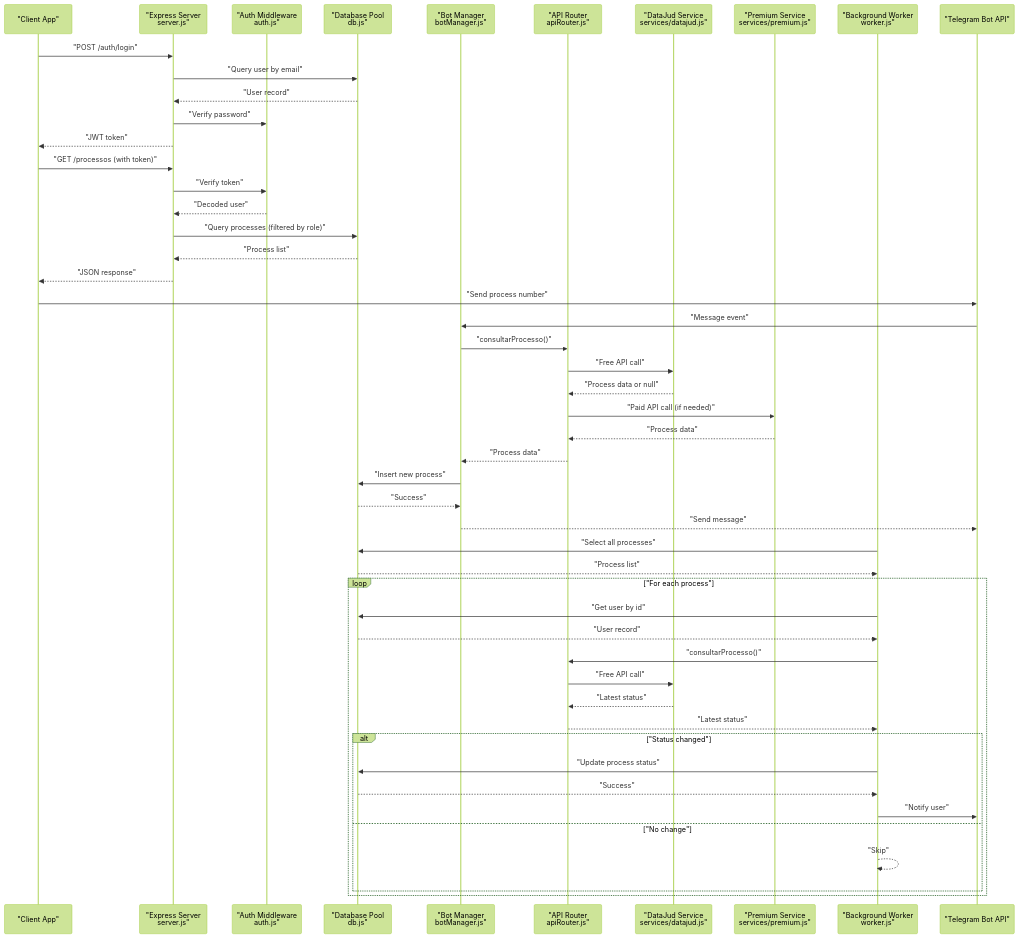
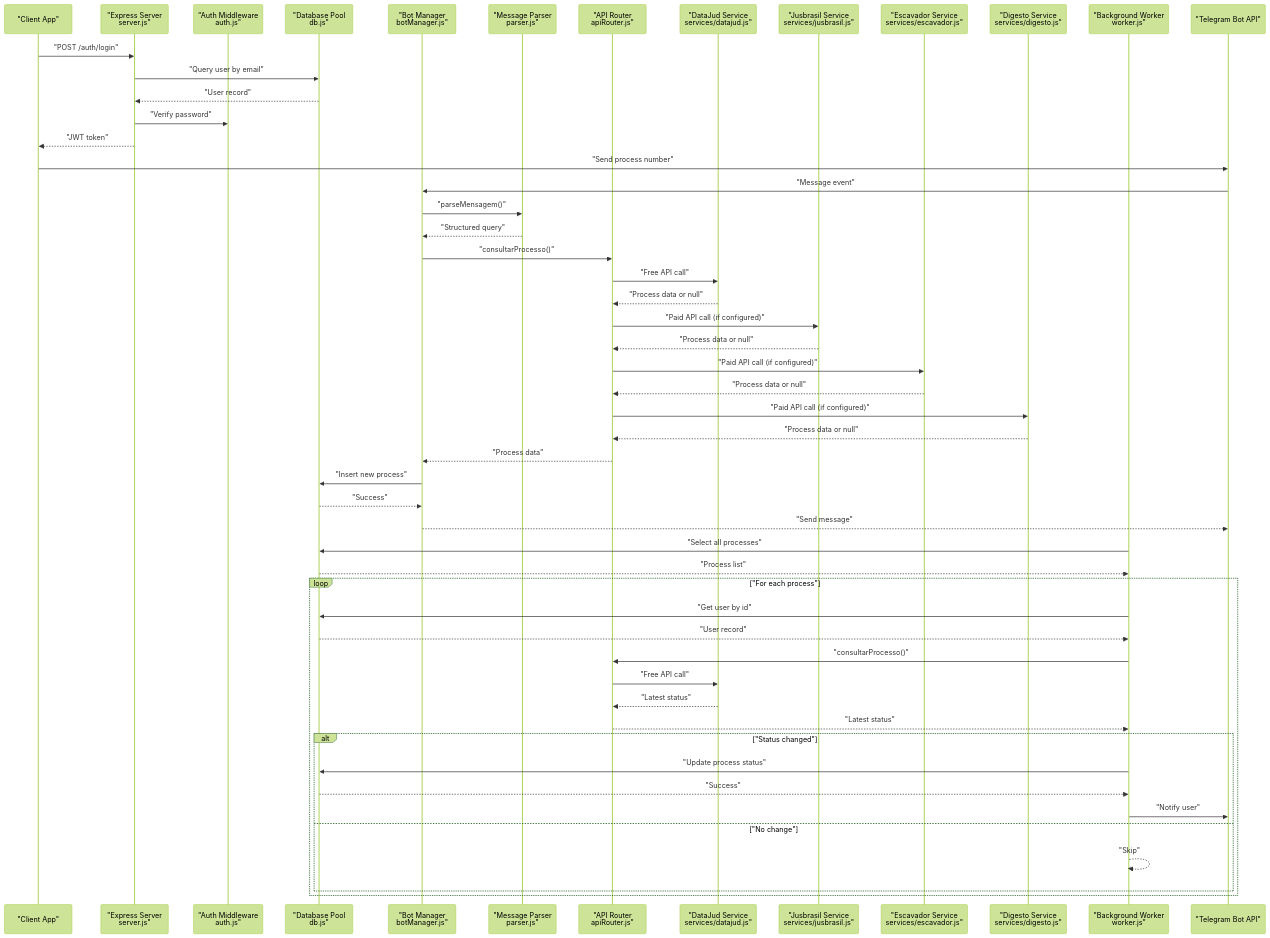
One commit to Alexandrexicara/bot-processos changed the second of 9 diagrams in .qoder/repowiki/en/content/Architecture Overview/System Components.md. Above: the diagram before and after it, drawn with Mermaid (forest theme). The commit also changed other lines of this file and 10 other files, not shown here.

````diff
--- a/.qoder/repowiki/en/content/Architecture Overview/System Components.md
+++ b/.qoder/repowiki/en/content/Architecture Overview/System Components.md
@@ -256,52 +338,55 @@
 ```mermaid
 sequenceDiagram
 participant Client as "Client App"
 participant Server as "Express Server<br/>server.js"
 participant Auth as "Auth Middleware<br/>auth.js"
 participant DB as "Database Pool<br/>db.js"
 participant BotMgr as "Bot Manager<br/>botManager.js"
+participant Parser as "Message Parser<br/>parser.js"
 participant API as "API Router<br/>apiRouter.js"
 participant DataJud as "DataJud Service<br/>services/datajud.js"
-participant Premium as "Premium Service<br/>services/premium.js"
+participant Jusbrasil as "Jusbrasil Service<br/>services/jusbrasil.js"
+participant Escavador as "Escavador Service<br/>services/escavador.js"
+participant Digesto as "Digesto Service<br/>services/digesto.js"
 participant Worker as "Background Worker<br/>worker.js"
 participant Telegram as "Telegram Bot API"
 Client->>Server : "POST /auth/login"
 Server->>DB : "Query user by email"
 DB-->>Server : "User record"
 Server->>Auth : "Verify password"
 Server-->>Client : "JWT token"
-Client->>Server : "GET /processos (with token)"
-Server->>Auth : "Verify token"
-Auth-->>Server : "Decoded user"
-Server->>DB : "Query processes (filtered by role)"
-DB-->>Server : "Process list"
-Server-->>Client : "JSON response"
 Client->>Telegram : "Send process number"
 Telegram->>BotMgr : "Message event"
+BotMgr->>Parser : "parseMensagem()"
+Parser-->>BotMgr : "Structured query"
 BotMgr->>API : "consultarProcesso()"
 API->>DataJud : "Free API call"
 DataJud-->>API : "Process data or null"
-API->>Premium : "Paid API call (if needed)"
-Premium-->>API : "Process data"
+API->>Jusbrasil : "Paid API call (if configured)"
+Jusbrasil-->>API : "Process data or null"
+API->>Escavador : "Paid API call (if configured)"
+Escavador-->>API : "Process data or null"
+API->>Digesto : "Paid API call (if configured)"
+Digesto-->>API : "Process data or null"
 API-->>BotMgr : "Process data"
 BotMgr->>DB : "Insert new process"
 DB-->>BotMgr : "Success"
 BotMgr-->>Telegram : "Send message"
 Worker->>DB : "Select all processes"
 DB-->>Worker : "Process list"
 loop "For each process"
 Worker->>DB : "Get user by id"
 DB-->>Worker : "User record"
 Worker->>API : "consultarProcesso()"
 API->>DataJud : "Free API call"
 DataJud-->>API : "Latest status"
 API-->>Worker : "Latest status"
 alt "Status changed"
 Worker->>DB : "Update process status"
 DB-->>Worker : "Success"
 Worker->>Telegram : "Notify user"
 else "No change"
 Worker-->>Worker : "Skip"
 end
 end
 ```
````
